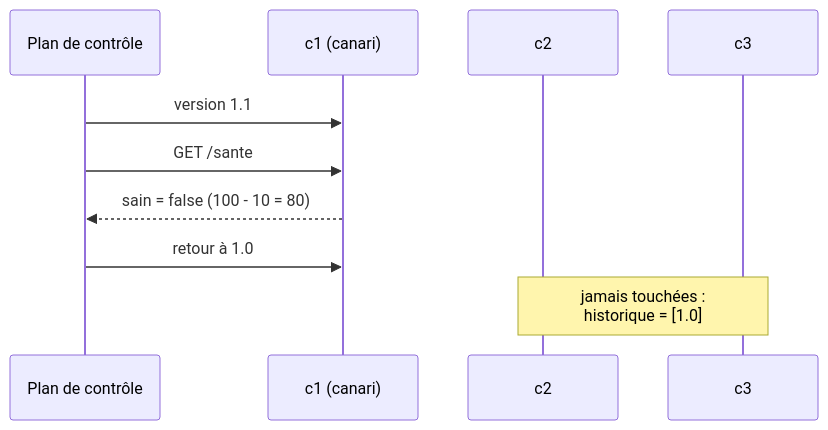
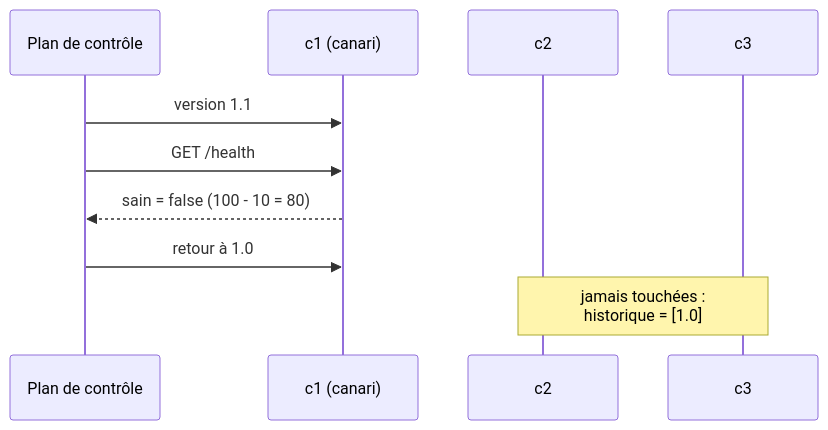
The third of 4 diagrams in Docs/17-cell-based.md (drangoht/ArchitecturesDemo), drawn with Mermaid before and after one commit. The commit also changed other lines of this file and 70 other files, not shown here.

Commit message:
Docs FR : identifiants, liens, diagrammes et sorties alignés sur le code anglais

````diff
--- a/Docs/17-cell-based.md
+++ b/Docs/17-cell-based.md
@@ -132,12 +132,12 @@
 ```mermaid
 sequenceDiagram
     participant PC as Plan de contrôle
     participant C1 as c1 (canari)
     participant C2 as c2
     participant C3 as c3
     PC->>C1: version 1.1
-    PC->>C1: GET /sante
+    PC->>C1: GET /health
     C1-->>PC: sain = false (100 - 10 = 80)
     PC->>C1: retour à 1.0
     Note over C2,C3: jamais touchées :<br/>historique = [1.0]
 ```
````
